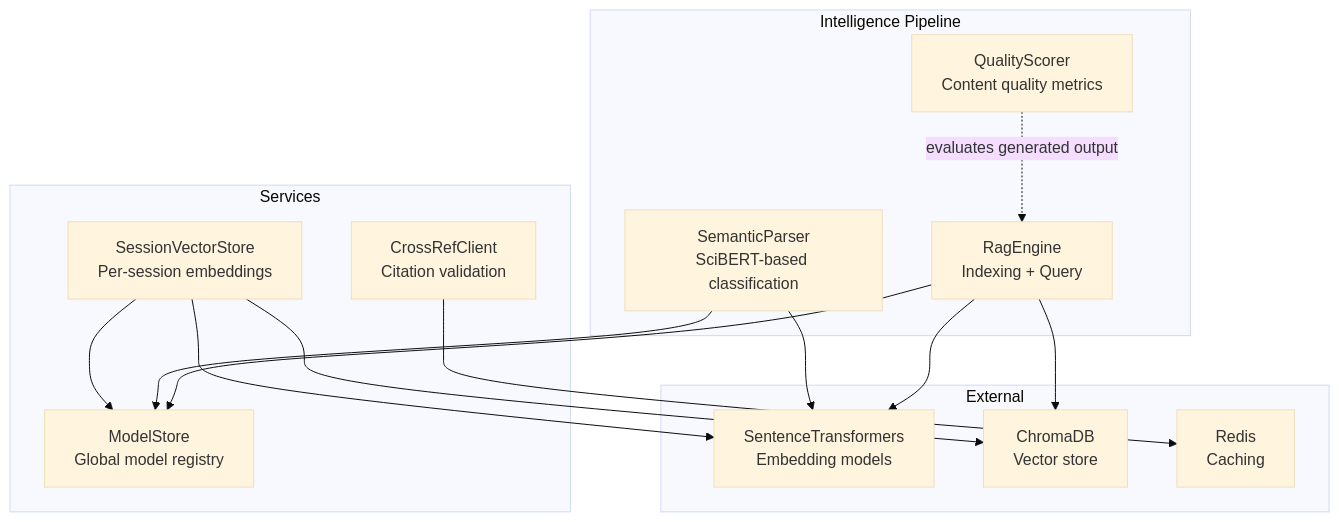
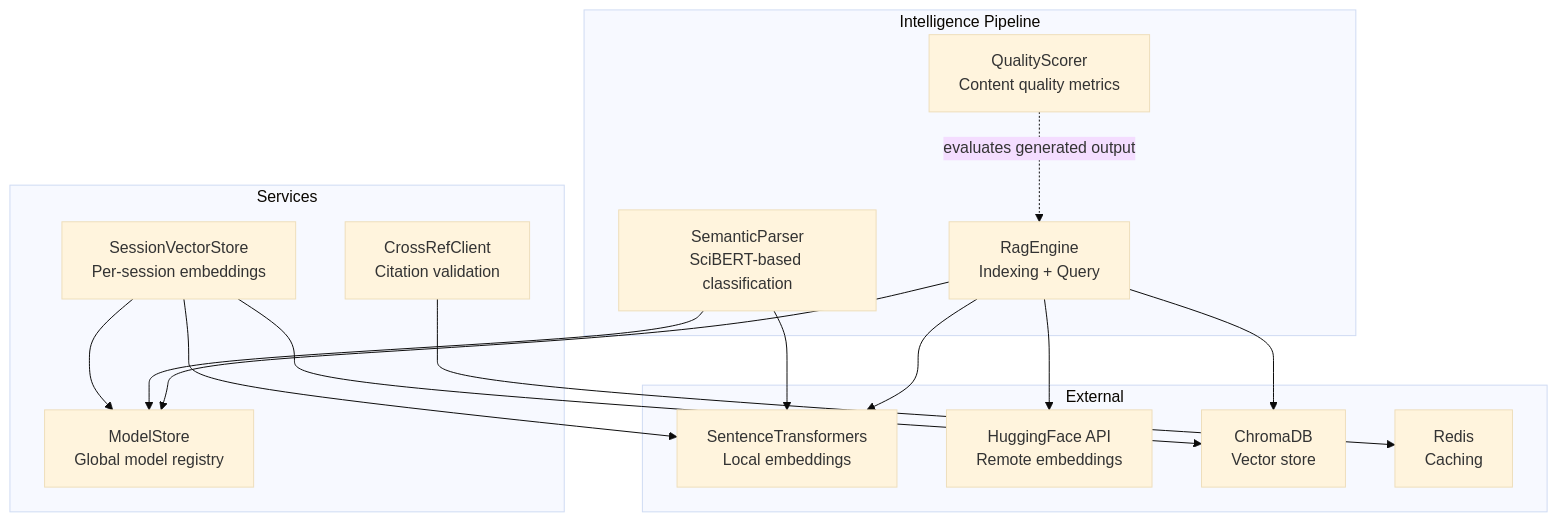
One commit to rohitkumarnaidu/-Auto-AI-Automated-Academic-Docx-Manuscript-Formatter changed the first of 11 diagrams in .qoder/repowiki/en/content/AI_ML Integration/RAG Engine.md. Above: the diagram before and after it, drawn with Mermaid (base theme). The commit also changed other lines of this file and 5 other files, not shown here.

````diff
--- a/.qoder/repowiki/en/content/AI_ML Integration/RAG Engine.md
+++ b/.qoder/repowiki/en/content/AI_ML Integration/RAG Engine.md
@@ -40,28 +50,30 @@
 ```mermaid
 graph TB
 subgraph "Intelligence Pipeline"
 RE["RagEngine<br/>Indexing + Query"]
 SP["SemanticParser<br/>SciBERT-based classification"]
 QS["QualityScorer<br/>Content quality metrics"]
 end
 subgraph "Services"
 MS["ModelStore<br/>Global model registry"]
 SV["SessionVectorStore<br/>Per-session embeddings"]
 CR["CrossRefClient<br/>Citation validation"]
 end
 subgraph "External"
-ST["SentenceTransformers<br/>Embedding models"]
+ST["SentenceTransformers<br/>Local embeddings"]
+HF["HuggingFace API<br/>Remote embeddings"]
 CH["ChromaDB<br/>Vector store"]
 RD["Redis<br/>Caching"]
 end
 RE --> MS
 RE --> ST
+RE --> HF
 RE --> CH
 SP --> MS
 SP --> ST
 SV --> MS
 SV --> ST
 SV --> CH
 CR --> RD
 QS -. "evaluates generated output" .-> RE
 ```
````
